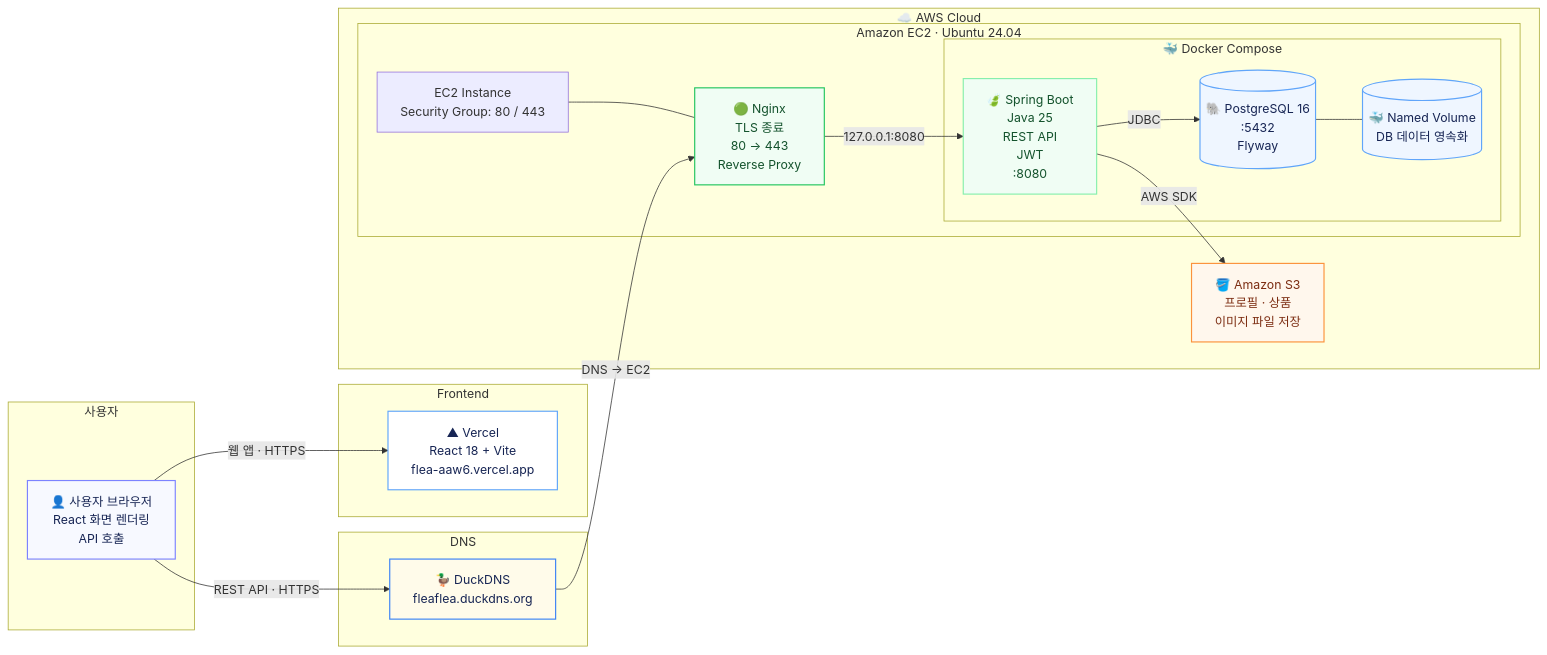
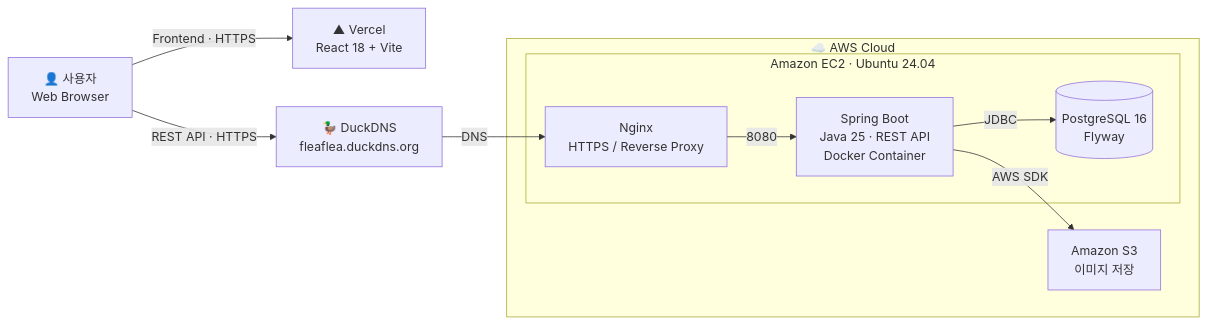
Before and after one commit to hyundai-autoever-team3/fleaflea-backend: the diagram in README.md, drawn with Mermaid. The commit also changed other lines of this file, not shown here.

````diff
--- a/README.md
+++ b/README.md
@@ -13,82 +16,34 @@
 ```mermaid
 flowchart LR
 
-    %% =========================
-    %% Client
-    %% =========================
-    subgraph CLIENT["사용자"]
-        USER["👤 사용자 브라우저<br/>React 화면 렌더링<br/>API 호출"]
-    end
+    USER["👤 사용자<br/>Web Browser"]
 
-    %% =========================
-    %% Frontend
-    %% =========================
-    subgraph FRONTEND["Frontend"]
-        VERCEL["▲ Vercel<br/>React 18 + Vite<br/>flea-aaw6.vercel.app"]
-    end
+    VERCEL["▲ Vercel<br/>React 18 + Vite"]
 
-    %% =========================
-    %% DNS
-    %% =========================
-    subgraph DNSAREA["DNS"]
-        DUCK["🦆 DuckDNS<br/>fleaflea.duckdns.org"]
-    end
+    DNS["🦆 DuckDNS<br/>fleaflea.duckdns.org"]
 
-    %% =========================
-    %% AWS Cloud
-    %% =========================
     subgraph AWS["☁️ AWS Cloud"]
 
         subgraph EC2["Amazon EC2 · Ubuntu 24.04"]
 
-            INSTANCE["EC2 Instance<br/>Security Group: 80 / 443"]
+            NGINX["Nginx<br/>HTTPS / Reverse Proxy"]
 
-            NGINX["🟢 Nginx<br/>TLS 종료<br/>80 → 443<br/>Reverse Proxy"]
+            APP["Spring Boot<br/>Java 25 · REST API<br/>Docker Container"]
 
-            subgraph DOCKER["🐳 Docker Compose"]
+            DB[("PostgreSQL 16<br/>Flyway")]
 
-                SPRING["🍃 Spring Boot<br/>Java 25<br/>REST API<br/>JWT<br/>:8080"]
-
-                POSTGRES[("🐘 PostgreSQL 16<br/>:5432<br/>Flyway")]
-
-                VOLUME[("🐳 Named Volume<br/>DB 데이터 영속화")]
-
-                SPRING -->|"JDBC"| POSTGRES
-                POSTGRES --- VOLUME
-            end
-
-            INSTANCE --- NGINX
-            NGINX -->|"127.0.0.1:8080"| SPRING
+            APP -->|"JDBC"| DB
+            NGINX -->|"8080"| APP
         end
 
-        S3["🪣 Amazon S3<br/>프로필 · 상품<br/>이미지 파일 저장"]
+        S3["Amazon S3<br/>이미지 저장"]
 
-        SPRING -->|"AWS SDK"| S3
+        APP -->|"AWS SDK"| S3
     end
 
-    %% =========================
-    %% Request Flow
-    %% =========================
-    USER -->|"웹 앱 · HTTPS"| VERCEL
-    USER -->|"REST API · HTTPS"| DUCK
-    DUCK -->|"DNS → EC2"| NGINX
+    USER -->|"Frontend · HTTPS"| VERCEL
 
-    %% =========================
-    %% Styles
-    %% =========================
-    classDef client fill:#f7f9ff,stroke:#7c83ff,stroke-width:1.5px,color:#172554;
-    classDef frontend fill:#ffffff,stroke:#60a5fa,stroke-width:1.5px,color:#172554;
-    classDef dns fill:#fffbea,stroke:#3b82f6,stroke-width:1.5px,color:#172554;
-    classDef nginx fill:#f0fdf4,stroke:#22c55e,stroke-width:1.5px,color:#14532d;
-    classDef spring fill:#f0fdf4,stroke:#86efac,stroke-width:1.5px,color:#14532d;
-    classDef db fill:#eff6ff,stroke:#60a5fa,stroke-width:1.5px,color:#172554;
-    classDef storage fill:#fff7ed,stroke:#fb923c,stroke-width:1.5px,color:#7c2d12;
+    USER -->|"REST API · HTTPS"| DNS
 
-    class USER client;
-    class VERCEL frontend;
-    class DUCK dns;
-    class NGINX nginx;
-    class SPRING spring;
-    class POSTGRES,VOLUME db;
-    class S3 storage;
+    DNS -->|"DNS"| NGINX
 ```
````
